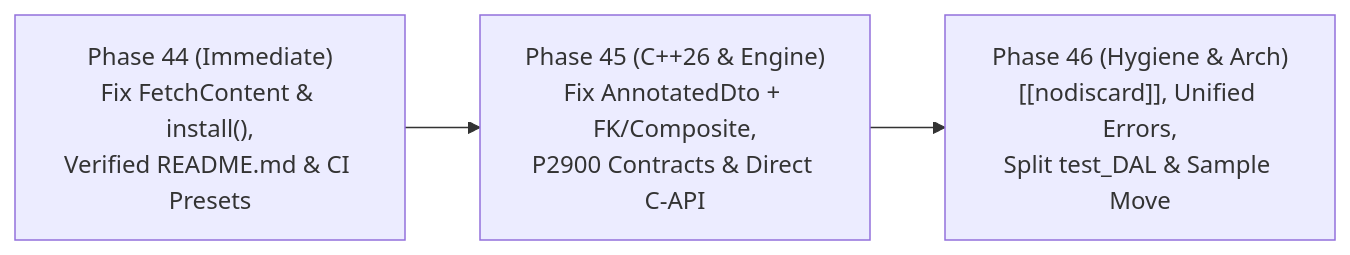
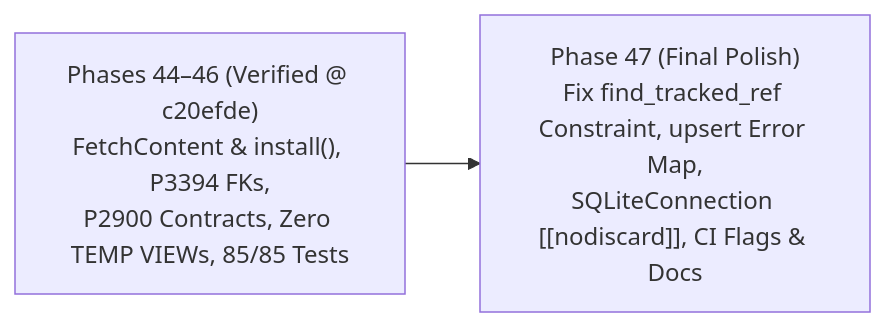
The second of 2 diagrams in readme4.md (mythrz/CodeFirstCppDB_sqlgen), drawn with Mermaid before and after one commit. The commit also changed other lines of this file, not shown here.

````diff
--- a/readme4.md
+++ b/readme4.md
@@ -316,5 +312,4 @@
 ```mermaid
 flowchart LR
-    P44["Phase 44 (Immediate)<br/>Fix FetchContent &amp; install(),<br/>Verified README.md &amp; CI Presets"] --> P45["Phase 45 (C++26 &amp; Engine)<br/>Fix AnnotatedDto + FK/Composite,<br/>P2900 Contracts &amp; Direct C-API"]
-    P45 --> P46["Phase 46 (Hygiene &amp; Arch)<br/>[[nodiscard]], Unified Errors,<br/>Split test_DAL &amp; Sample Move"]
+    P44["Phases 44–46 (Verified @ c20efde)<br/>FetchContent &amp; install(), P3394 FKs,<br/>P2900 Contracts, Zero TEMP VIEWs, 85/85 Tests"] --> P47["Phase 47 (Final Polish)<br/>Fix find_tracked_ref Constraint, upsert Error Map,<br/>SQLiteConnection [[nodiscard]], CI Flags &amp; Docs"]
 ```
````
